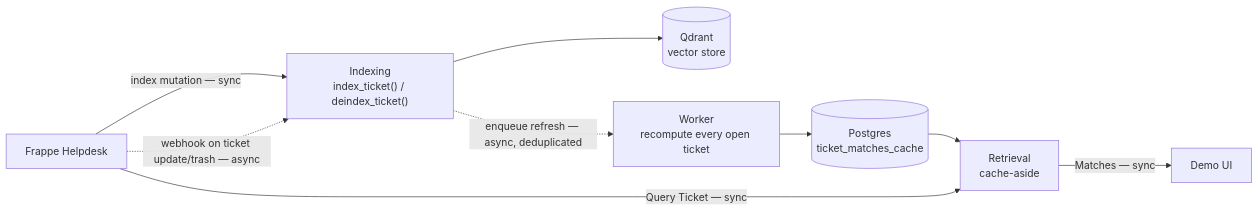
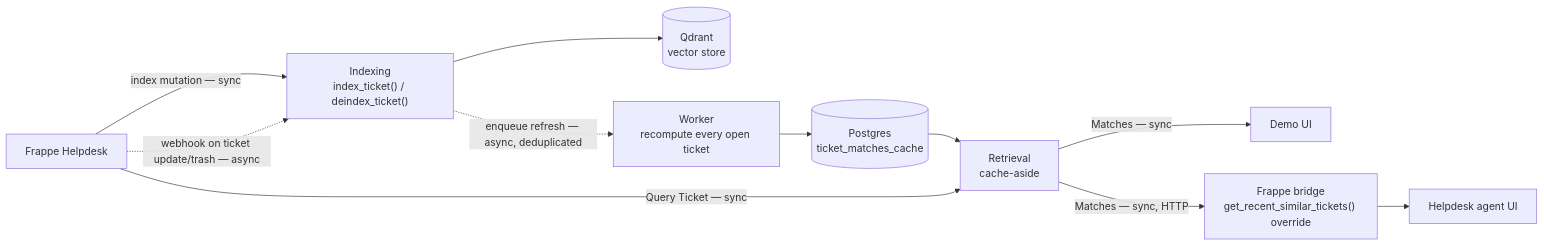
The first of 2 diagrams in docs/ARCHITECTURE.md (arunjoyt/ticket-match-rag), drawn with Mermaid before and after one commit. The commit also changed other lines of this file and 2 other files, not shown here.

First line of the commit message:
Sync architecture docs: ADR 0006 fully implemented

````diff
--- a/docs/ARCHITECTURE.md
+++ b/docs/ARCHITECTURE.md
@@ -9,11 +9,13 @@
 ```mermaid
 flowchart LR
     HD["Frappe Helpdesk"] -->|"index mutation — sync"| IDX["Indexing<br/>index_ticket() / deindex_ticket()"]
     HD -. "webhook on ticket update/trash — async" .-> IDX
     IDX --> VS[("Qdrant<br/>vector store")]
     IDX -. "enqueue refresh — async, deduplicated" .-> WORKER["Worker<br/>recompute every open ticket"]
     WORKER --> PG[("Postgres<br/>ticket_matches_cache")]
     PG --> RET["Retrieval<br/>cache-aside"]
     HD -->|"Query Ticket — sync"| RET
-    RET -->|"Matches — sync"| UI["Demo UI"]
+    RET -->|"Matches — sync"| DEMOUI["Demo UI"]
+    RET -->|"Matches — sync, HTTP"| BRIDGE["Frappe bridge<br/>get_recent_similar_tickets() override"]
+    BRIDGE --> HDUI["Helpdesk agent UI"]
 ```
````
